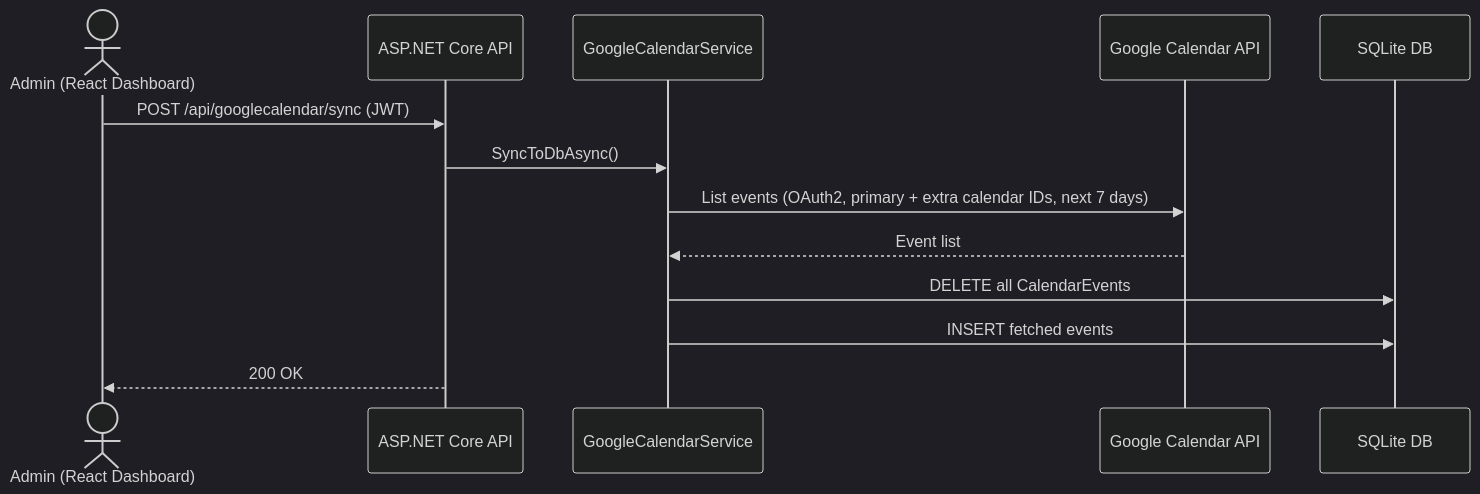
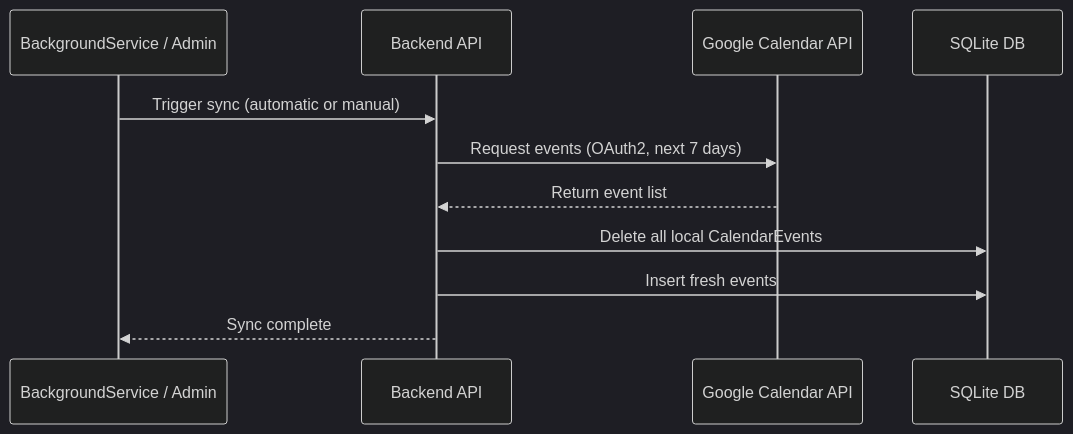
The first of 3 diagrams in docs/sequence-calendar.md (venu21-dev/deskbuddy-system), drawn with Mermaid (dark theme) before and after one commit. The commit also changed other lines of this file, not shown here.

Commit message:
docs: update sequence diagram

````diff
--- a/docs/sequence-calendar.md
+++ b/docs/sequence-calendar.md
@@ -34,16 +12,14 @@
 ```mermaid
 sequenceDiagram
-    actor Admin as Admin (React Dashboard)
-    participant API as ASP.NET Core API
-    participant GCS as GoogleCalendarService
-    participant GCAL as Google Calendar API
+    participant Trigger as BackgroundService / Admin
+    participant API as Backend API
+    participant GCal as Google Calendar API
     participant DB as SQLite DB
 
-    Admin->>API: POST /api/googlecalendar/sync (JWT)
-    API->>GCS: SyncToDbAsync()
-    GCS->>GCAL: List events (OAuth2, primary + extra calendar IDs, next 7 days)
-    GCAL-->>GCS: Event list
-    GCS->>DB: DELETE all CalendarEvents
-    GCS->>DB: INSERT fetched events
-    API-->>Admin: 200 OK
+    Trigger->>API: Trigger sync (automatic or manual)
+    API->>GCal: Request events (OAuth2, next 7 days)
+    GCal-->>API: Return event list
+    API->>DB: Delete all local CalendarEvents
+    API->>DB: Insert fresh events
+    API-->>Trigger: Sync complete
 ```
````
